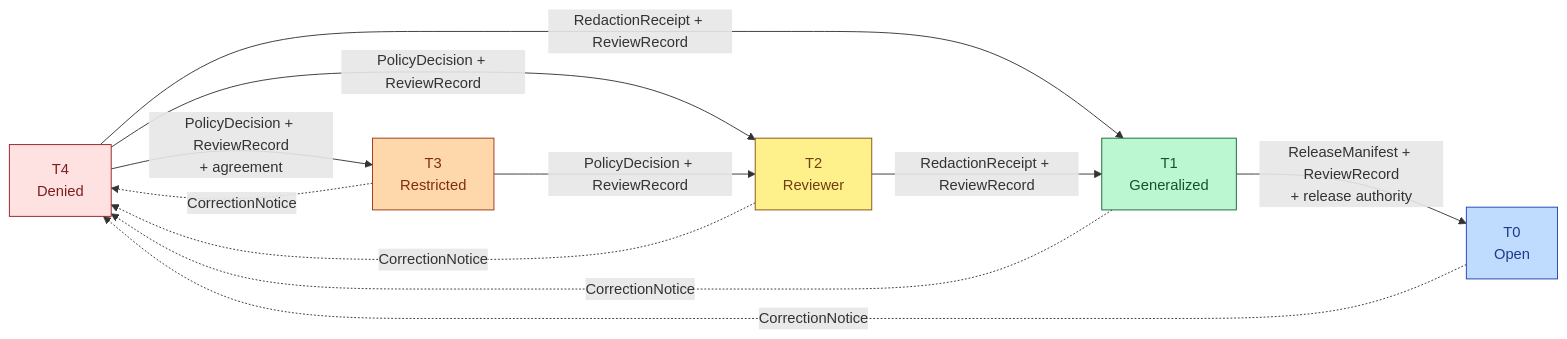
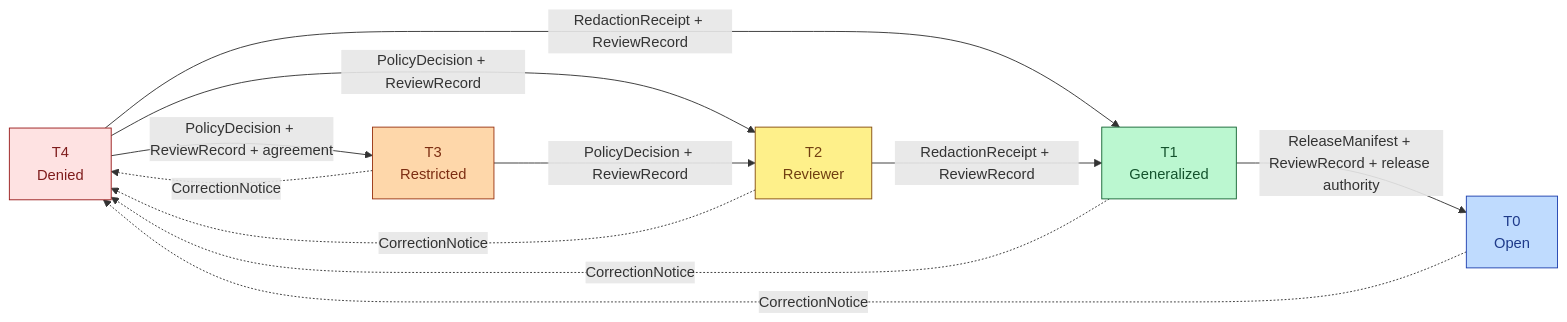
One commit to bartytime4life/Kansas-Frontier-Matrix changed the second of 4 diagrams in docs/domains/roads-rail-trade/PRESERVATION_MATRIX.md. Above: the diagram before and after it, drawn with Mermaid. The commit also changed other lines of this file, not shown here.

````diff
--- a/docs/domains/roads-rail-trade/PRESERVATION_MATRIX.md
+++ b/docs/domains/roads-rail-trade/PRESERVATION_MATRIX.md
@@ -195,20 +193,20 @@
 ```mermaid
 flowchart LR
-    T4["T4<br/>Denied"]:::t4 -->|PolicyDecision + ReviewRecord<br/>+ agreement| T3["T3<br/>Restricted"]:::t3
-    T4 -->|PolicyDecision + ReviewRecord| T2["T2<br/>Reviewer"]:::t2
-    T4 -->|RedactionReceipt + ReviewRecord| T1["T1<br/>Generalized"]:::t1
-    T3 -->|PolicyDecision + ReviewRecord| T2
-    T2 -->|RedactionReceipt + ReviewRecord| T1
-    T1 -->|ReleaseManifest + ReviewRecord<br/>+ release authority| T0["T0<br/>Open"]:::t0
+    T4["T4<br/>Denied"]:::t4 -->|"PolicyDecision + ReviewRecord + agreement"| T3["T3<br/>Restricted"]:::t3
+    T4 -->|"PolicyDecision + ReviewRecord"| T2["T2<br/>Reviewer"]:::t2
+    T4 -->|"RedactionReceipt + ReviewRecord"| T1["T1<br/>Generalized"]:::t1
+    T3 -->|"PolicyDecision + ReviewRecord"| T2
+    T2 -->|"RedactionReceipt + ReviewRecord"| T1
+    T1 -->|"ReleaseManifest + ReviewRecord + release authority"| T0["T0<br/>Open"]:::t0
 
-    T0 -.->|CorrectionNotice| T4
-    T1 -.->|CorrectionNotice| T4
-    T2 -.->|CorrectionNotice| T4
-    T3 -.->|CorrectionNotice| T4
+    T0 -.->|"CorrectionNotice"| T4
+    T1 -.->|"CorrectionNotice"| T4
+    T2 -.->|"CorrectionNotice"| T4
+    T3 -.->|"CorrectionNotice"| T4
 
     classDef t4 fill:#fee2e2,stroke:#991b1b,color:#7f1d1d
     classDef t3 fill:#fed7aa,stroke:#9a3412,color:#7c2d12
     classDef t2 fill:#fef08a,stroke:#854d0e,color:#713f12
     classDef t1 fill:#bbf7d0,stroke:#166534,color:#14532d
     classDef t0 fill:#bfdbfe,stroke:#1e40af,color:#1e3a8a
 ```
````
